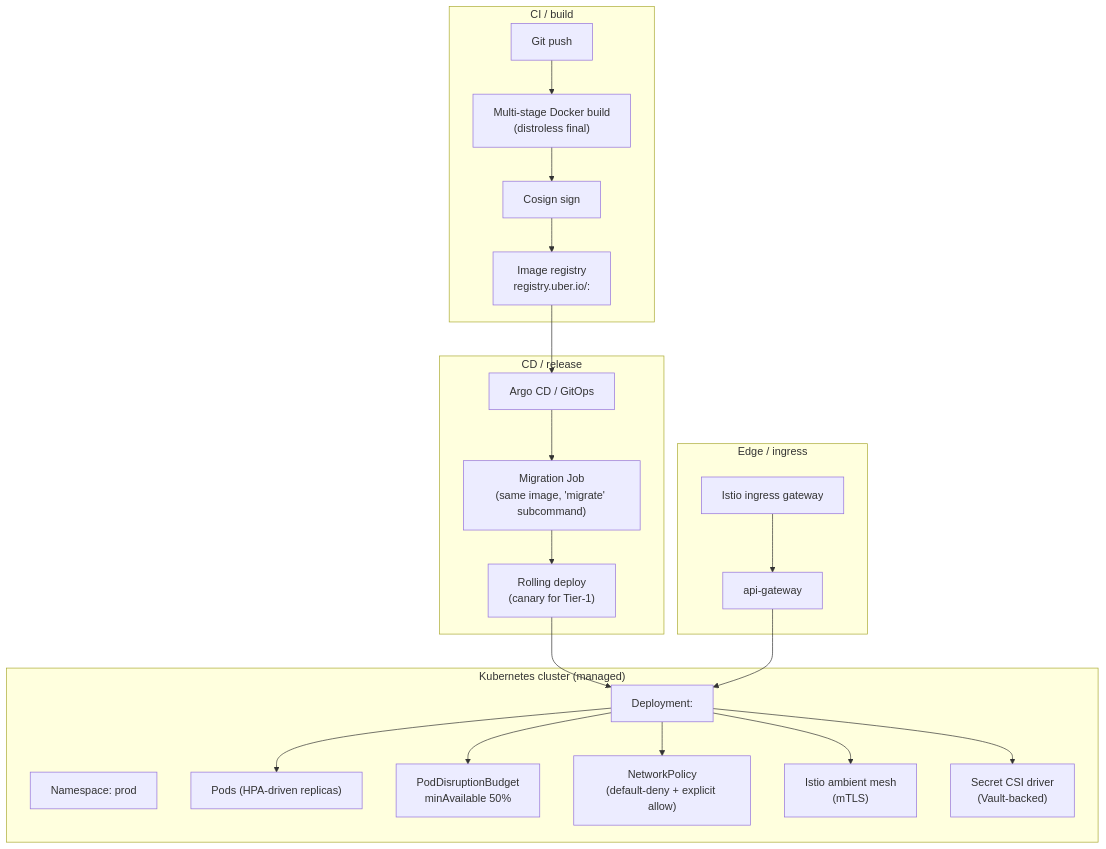
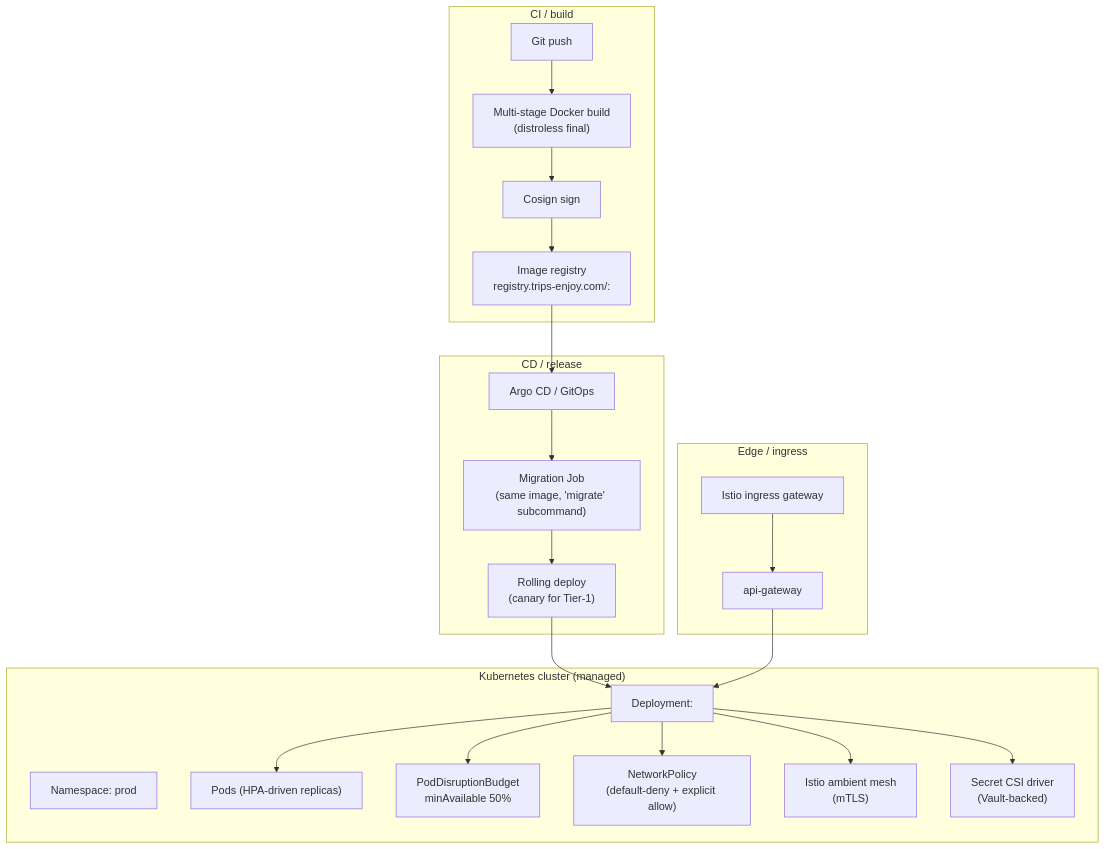
Before and after one commit to mohamedhabibwork/trips-enjoy-docs: the diagram in docs/architecture/DEPLOYMENT_ARCHITECTURE.md, drawn with Mermaid. The commit also changed other lines of this file and 13 other files, not shown here.

First line of the commit message:
docs(architecture): refresh DATABASE/DEPLOYMENT_ARCHITECTURE/HLD + 8 new ADRs

````diff
--- a/docs/architecture/DEPLOYMENT_ARCHITECTURE.md
+++ b/docs/architecture/DEPLOYMENT_ARCHITECTURE.md
@@ -4,26 +4,26 @@
 ```mermaid
 flowchart TB
   subgraph CI["CI / build"]
     src["Git push"] --> img["Multi-stage Docker build<br/>(distroless final)"]
     img --> cosign["Cosign sign"]
-    cosign --> reg["Image registry<br/>registry.uber.io/<svc>:<sha>"]
+    cosign --> reg["Image registry<br/>registry.trips-enjoy.com/<svc>:<sha>"]
   end
   subgraph CD["CD / release"]
     reg --> argo["Argo CD / GitOps"]
     argo --> mig["Migration Job<br/>(same image, 'migrate' subcommand)"]
     mig --> roll["Rolling deploy<br/>(canary for Tier-1)"]
   end
   subgraph Cluster["Kubernetes cluster (managed)"]
     ns["Namespace: prod"]
     roll --> deploy["Deployment: <svc>"]
     deploy --> pods["Pods (HPA-driven replicas)"]
     deploy --> pdb["PodDisruptionBudget<br/>minAvailable 50%"]
     deploy --> np["NetworkPolicy<br/>(default-deny + explicit allow)"]
     deploy --> vs["Istio ambient mesh<br/>(mTLS)"]
     deploy --> sm["Secret CSI driver<br/>(Vault-backed)"]
   end
   subgraph Edge["Edge / ingress"]
     ig["Istio ingress gateway"] --> svc["api-gateway"]
     svc --> deploy
   end
 ```
````
